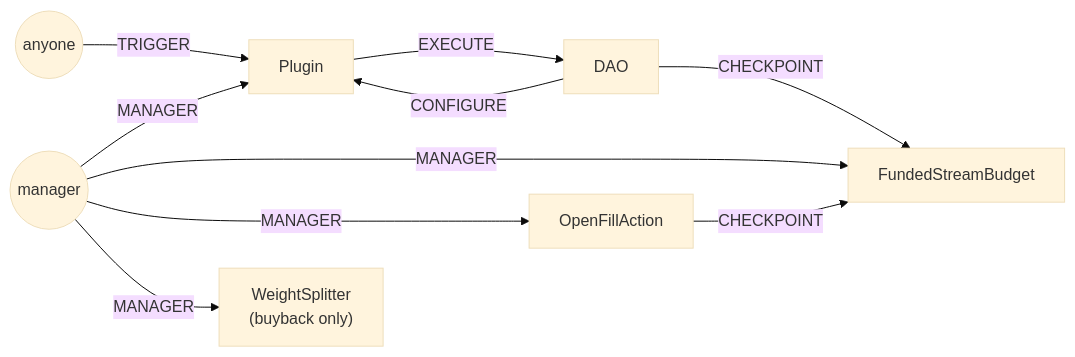
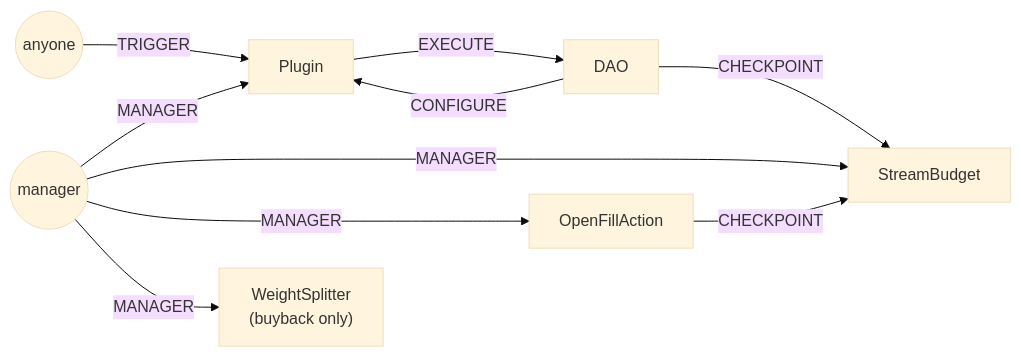
The tenth of 10 diagrams in README.md (antfarm-official/tree-capital), drawn with Mermaid (base theme) before and after one commit. The commit also changed other lines of this file and 23 other files, not shown here.

First line of the commit message:
Rename FundedStreamBudget to StreamBudget

````diff
--- a/README.md
+++ b/README.md
@@ -462,20 +462,20 @@
 ```mermaid
 flowchart LR
     anyone(("anyone"))
     manager(("manager"))
     dao["DAO"]
     plugin["Plugin"]
-    budget["FundedStreamBudget"]
+    budget["StreamBudget"]
     fill["OpenFillAction"]
     splitter["WeightSplitter<br/>(buyback only)"]
 
     anyone -- "TRIGGER" --> plugin
     dao -- "CONFIGURE" --> plugin
     plugin -- "EXECUTE" --> dao
     manager -- "MANAGER" --> plugin
     manager -- "MANAGER" --> budget
     manager -- "MANAGER" --> fill
     dao -- "CHECKPOINT" --> budget
     fill -- "CHECKPOINT" --> budget
     manager -- "MANAGER" --> splitter
 ```
````
